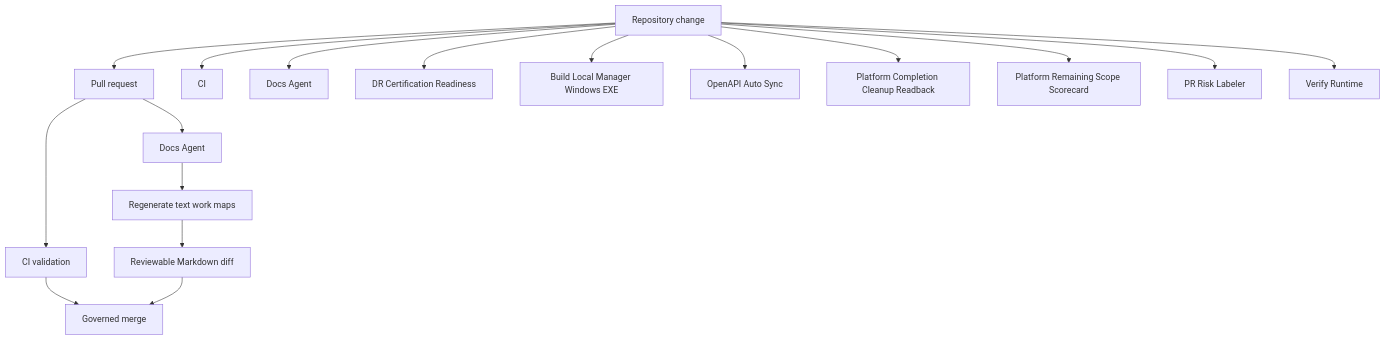
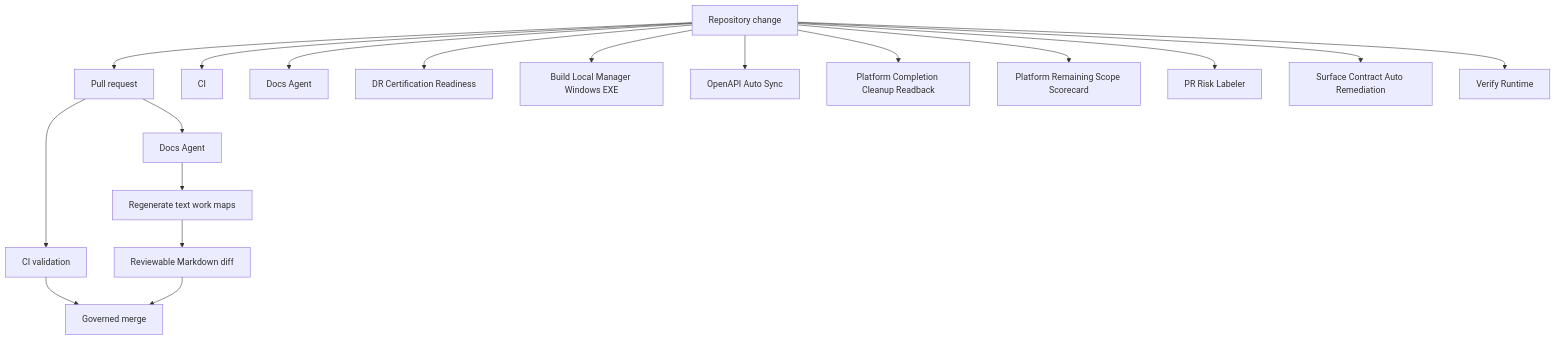
One commit to mad4bdigital-ai/multi-business-multi-role-growth-intelligence-os changed the diagram in docs/work-maps/repository-automation-map.md. Above: the diagram before and after it, drawn with Mermaid. The commit also changed other lines of this file and 20 other files, not shown here.

````diff
--- a/docs/work-maps/repository-automation-map.md
+++ b/docs/work-maps/repository-automation-map.md
@@ -10,28 +10,30 @@
 ```mermaid
 flowchart TD
   Change[Repository change] --> PR[Pull request]
   n_CI["CI"]
   n_Docs_Agent["Docs Agent"]
   n_DR_Certification_Readiness["DR Certification Readiness"]
   n_Build_Local_Manager_Windows_EXE["Build Local Manager Windows EXE"]
   n_OpenAPI_Auto_Sync["OpenAPI Auto Sync"]
   n_Platform_Completion_Cleanup_Readback["Platform Completion Cleanup Readback"]
   n_Platform_Remaining_Scope_Scorecard["Platform Remaining Scope Scorecard"]
   n_PR_Risk_Labeler["PR Risk Labeler"]
+  n_Surface_Contract_Auto_Remediation["Surface Contract Auto Remediation"]
   n_Verify_Runtime["Verify Runtime"]
   Change --> n_CI
   Change --> n_Docs_Agent
   Change --> n_DR_Certification_Readiness
   Change --> n_Build_Local_Manager_Windows_EXE
   Change --> n_OpenAPI_Auto_Sync
   Change --> n_Platform_Completion_Cleanup_Readback
   Change --> n_Platform_Remaining_Scope_Scorecard
   Change --> n_PR_Risk_Labeler
+  Change --> n_Surface_Contract_Auto_Remediation
   Change --> n_Verify_Runtime
   PR --> CI[CI validation]
   PR --> Docs[Docs Agent]
   Docs --> Maps[Regenerate text work maps]
   Maps --> Review[Reviewable Markdown diff]
   CI --> Merge[Governed merge]
   Review --> Merge
 ```
````
